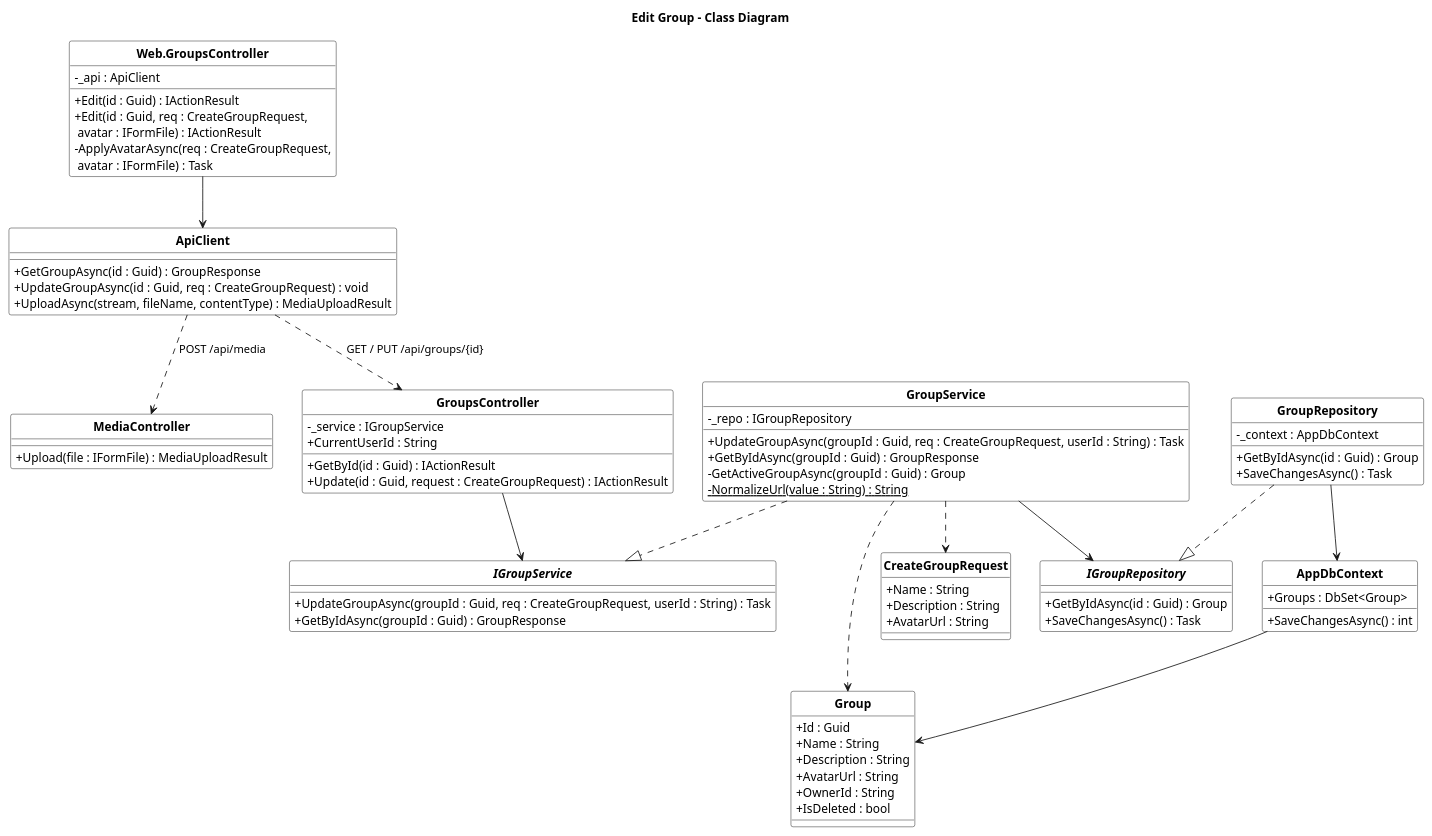
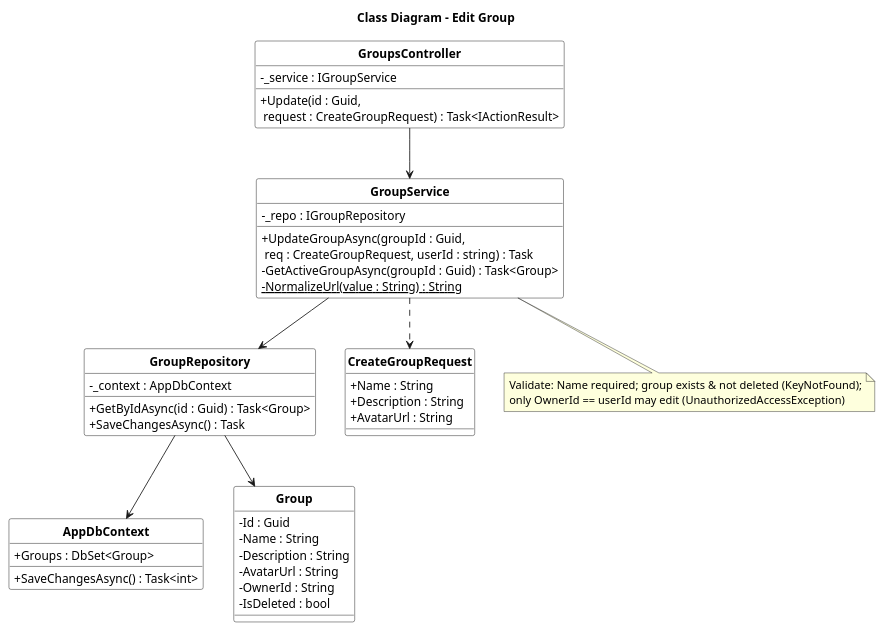
The diagram in docs/diagrams/class/class_group_edit.puml (HKDuy23114/minisocial), drawn with PlantUML before and after one commit. The commit also changed 9 other files, not shown here.

Commit message:
docs: rework group class diagrams to backend-layered per-feature style (match overview); add group feed & post delete

```diff
--- a/docs/diagrams/class/class_group_edit.puml
+++ b/docs/diagrams/class/class_group_edit.puml
@@ -1,89 +1,60 @@
 @startuml class_group_edit
-title Edit Group - Class Diagram
 hide circle
 skinparam classAttributeIconSize 0
-skinparam packageStyle rectangle
 skinparam class {
   BackgroundColor white
   BorderColor black
   FontName "Arial"
   FontStyle bold
 }
-
-class "Web.GroupsController" as Web {
-  -_api : ApiClient
-  +Edit(id : Guid) : IActionResult
-  +Edit(id : Guid, req : CreateGroupRequest,\n avatar : IFormFile) : IActionResult
-  -ApplyAvatarAsync(req : CreateGroupRequest,\n avatar : IFormFile) : Task
-}
-
-class ApiClient {
-  +GetGroupAsync(id : Guid) : GroupResponse
-  +UpdateGroupAsync(id : Guid, req : CreateGroupRequest) : void
-  +UploadAsync(stream, fileName, contentType) : MediaUploadResult
-}
-
-class MediaController {
-  +Upload(file : IFormFile) : MediaUploadResult
-}
+title Class Diagram - Edit Group
 
 class GroupsController {
   -_service : IGroupService
-  +CurrentUserId : String
-  +GetById(id : Guid) : IActionResult
-  +Update(id : Guid, request : CreateGroupRequest) : IActionResult
+  +Update(id : Guid,\n request : CreateGroupRequest) : Task<IActionResult>
 }
 
-interface IGroupService {
-  +UpdateGroupAsync(groupId : Guid, req : CreateGroupRequest, userId : String) : Task
-  +GetByIdAsync(groupId : Guid) : GroupResponse
-}
 class GroupService {
   -_repo : IGroupRepository
-  +UpdateGroupAsync(groupId : Guid, req : CreateGroupRequest, userId : String) : Task
-  +GetByIdAsync(groupId : Guid) : GroupResponse
-  -GetActiveGroupAsync(groupId : Guid) : Group
+  +UpdateGroupAsync(groupId : Guid,\n req : CreateGroupRequest, userId : string) : Task
+  -GetActiveGroupAsync(groupId : Guid) : Task<Group>
   -{static} NormalizeUrl(value : String) : String
 }
 
-interface IGroupRepository {
-  +GetByIdAsync(id : Guid) : Group
-  +SaveChangesAsync() : Task
-}
 class GroupRepository {
   -_context : AppDbContext
-  +GetByIdAsync(id : Guid) : Group
+  +GetByIdAsync(id : Guid) : Task<Group>
   +SaveChangesAsync() : Task
 }
 
 class AppDbContext {
   +Groups : DbSet<Group>
-  +SaveChangesAsync() : int
+  +SaveChangesAsync() : Task<int>
+}
+
+class Group {
+  -Id : Guid
+  -Name : String
+  -Description : String
+  -AvatarUrl : String
+  -OwnerId : String
+  -IsDeleted : bool
 }
 
 class CreateGroupRequest {
   +Name : String
   +Description : String
   +AvatarUrl : String
 }
-class Group {
-  +Id : Guid
-  +Name : String
-  +Description : String
-  +AvatarUrl : String
-  +OwnerId : String
-  +IsDeleted : bool
-}
 
-Web --> ApiClient
-ApiClient ..> GroupsController : GET / PUT /api/groups/{id}
-ApiClient ..> MediaController : POST /api/media
-GroupsController --> IGroupService
-GroupService ..|> IGroupService
-GroupService --> IGroupRepository
-GroupRepository ..|> IGroupRepository
+GroupsController --> GroupService
+GroupService --> GroupRepository
 GroupRepository --> AppDbContext
-AppDbContext --> Group
+GroupRepository --> Group
 GroupService ..> CreateGroupRequest
-GroupService ..> Group
+
+note bottom of GroupService
+  Validate: Name required; group exists & not deleted (KeyNotFound);
+  only OwnerId == userId may edit (UnauthorizedAccessException)
+end note
 @enduml
```
